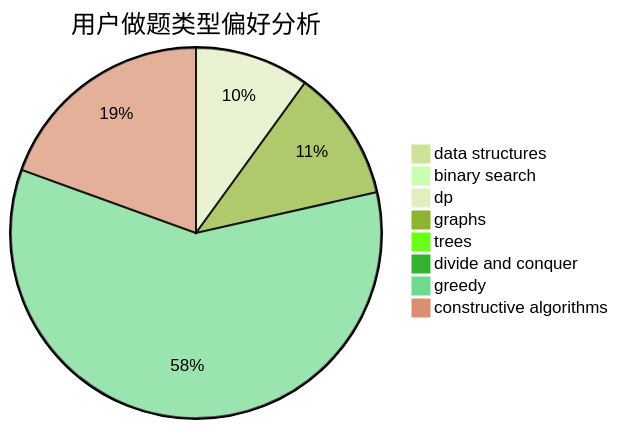
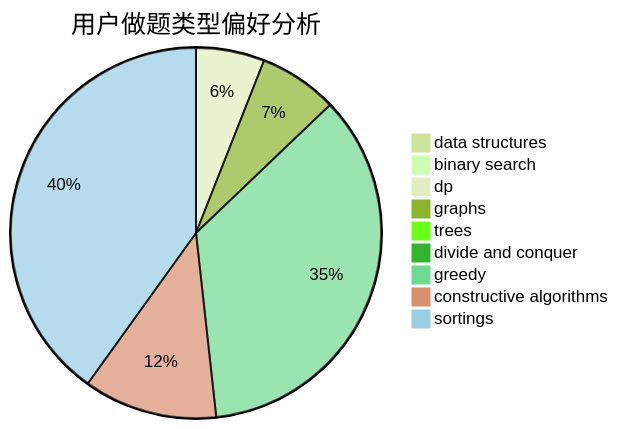
The second of 3 diagrams in docs/user/u642.md (sherpahu/cfrs.github.io), drawn with Mermaid (forest theme) before and after one commit. The commit also changed other lines of this file and 2769 other files, not shown here.

````diff
--- a/docs/user/u642.md
+++ b/docs/user/u642.md
@@ -23,11 +18,12 @@
 ```mermaid
 pie title 用户做题类型偏好分析
     "data structures" :  4
     "binary search" :  6
     "dp" :  60
     "graphs" :  69
     "trees" :  0
     "divide and conquer" :  0
     "greedy" :  355
     "constructive algorithms" :  117
+    "sortings" :  402
 ```
````
